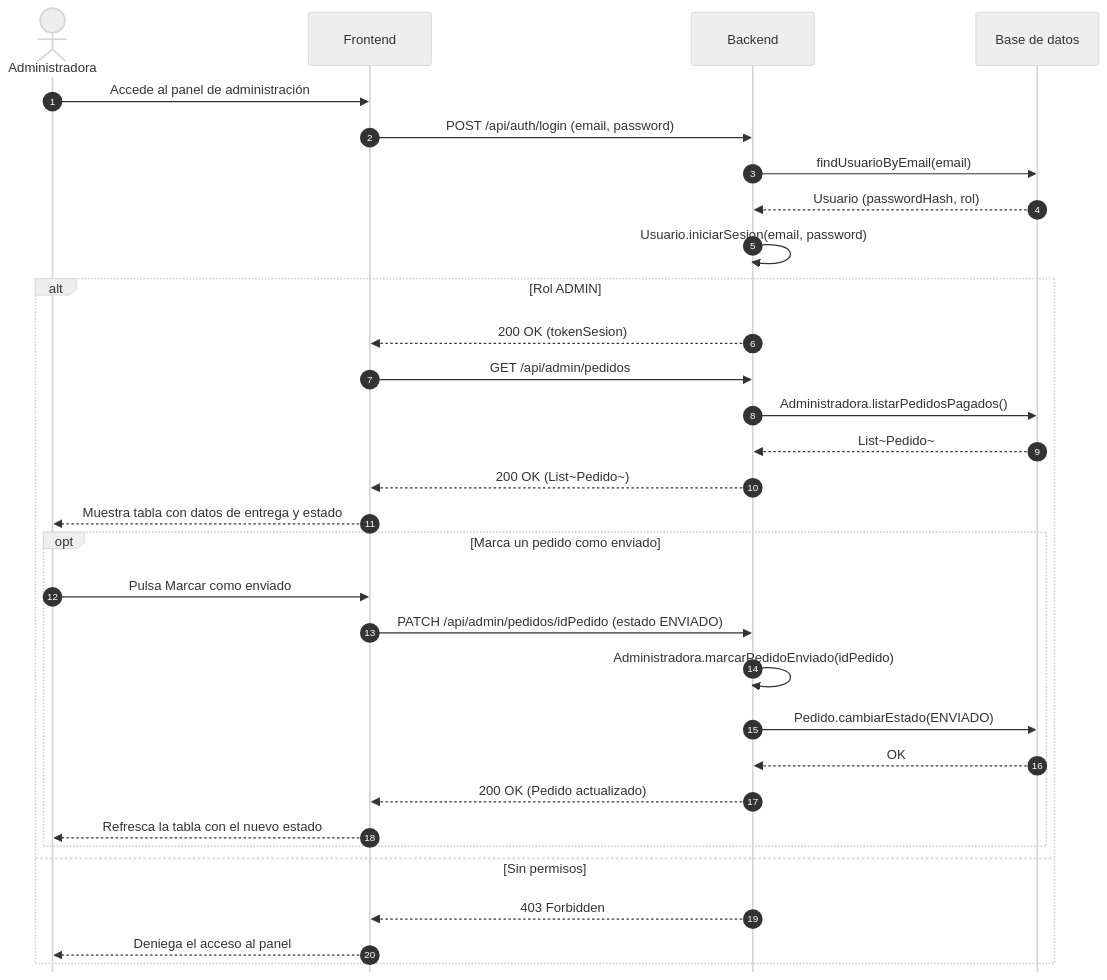
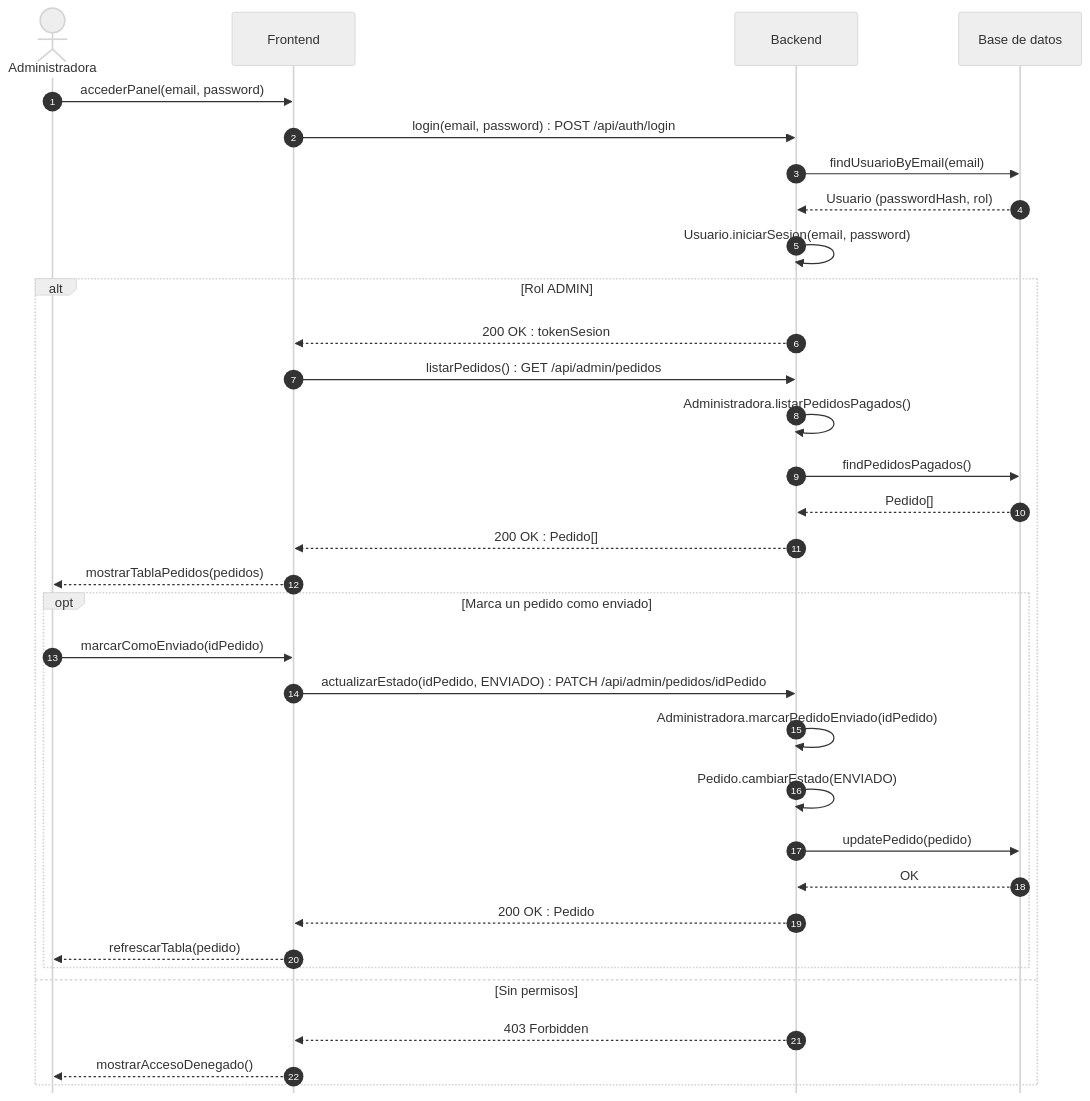
The diagram in Practica3_G11_LaTeX/codigo/sec_us05.mmd (ajgarciarias10/PR3GPS), drawn with Mermaid (neutral theme) before and after one commit. The commit also changed 22 other files, not shown here.

First line of the commit message:
fix(bloque3): diagramas de secuencia con nombres de métodos en lugar de frases

```diff
--- a/Practica3_G11_LaTeX/codigo/sec_us05.mmd
+++ b/Practica3_G11_LaTeX/codigo/sec_us05.mmd
@@ -1,32 +1,34 @@
 %%{init: {'sequence': {'mirrorActors': false}}}%%
 sequenceDiagram
     autonumber
     actor U as Administradora
     participant FE as Frontend
     participant BE as Backend
     participant DB as Base de datos
-    U->>FE: Accede al panel de administración
-    FE->>BE: POST /api/auth/login (email, password)
+    U->>FE: accederPanel(email, password)
+    FE->>BE: login(email, password) : POST /api/auth/login
     BE->>DB: findUsuarioByEmail(email)
     DB-->>BE: Usuario (passwordHash, rol)
     BE->>BE: Usuario.iniciarSesion(email, password)
     alt Rol ADMIN
-        BE-->>FE: 200 OK (tokenSesion)
-        FE->>BE: GET /api/admin/pedidos
-        BE->>DB: Administradora.listarPedidosPagados()
-        DB-->>BE: List~Pedido~
-        BE-->>FE: 200 OK (List~Pedido~)
-        FE-->>U: Muestra tabla con datos de entrega y estado
+        BE-->>FE: 200 OK : tokenSesion
+        FE->>BE: listarPedidos() : GET /api/admin/pedidos
+        BE->>BE: Administradora.listarPedidosPagados()
+        BE->>DB: findPedidosPagados()
+        DB-->>BE: Pedido[]
+        BE-->>FE: 200 OK : Pedido[]
+        FE-->>U: mostrarTablaPedidos(pedidos)
         opt Marca un pedido como enviado
-            U->>FE: Pulsa Marcar como enviado
-            FE->>BE: PATCH /api/admin/pedidos/idPedido (estado ENVIADO)
+            U->>FE: marcarComoEnviado(idPedido)
+            FE->>BE: actualizarEstado(idPedido, ENVIADO) : PATCH /api/admin/pedidos/idPedido
             BE->>BE: Administradora.marcarPedidoEnviado(idPedido)
-            BE->>DB: Pedido.cambiarEstado(ENVIADO)
+            BE->>BE: Pedido.cambiarEstado(ENVIADO)
+            BE->>DB: updatePedido(pedido)
             DB-->>BE: OK
-            BE-->>FE: 200 OK (Pedido actualizado)
-            FE-->>U: Refresca la tabla con el nuevo estado
+            BE-->>FE: 200 OK : Pedido
+            FE-->>U: refrescarTabla(pedido)
         end
     else Sin permisos
         BE-->>FE: 403 Forbidden
-        FE-->>U: Deniega el acceso al panel
+        FE-->>U: mostrarAccesoDenegado()
     end
```
